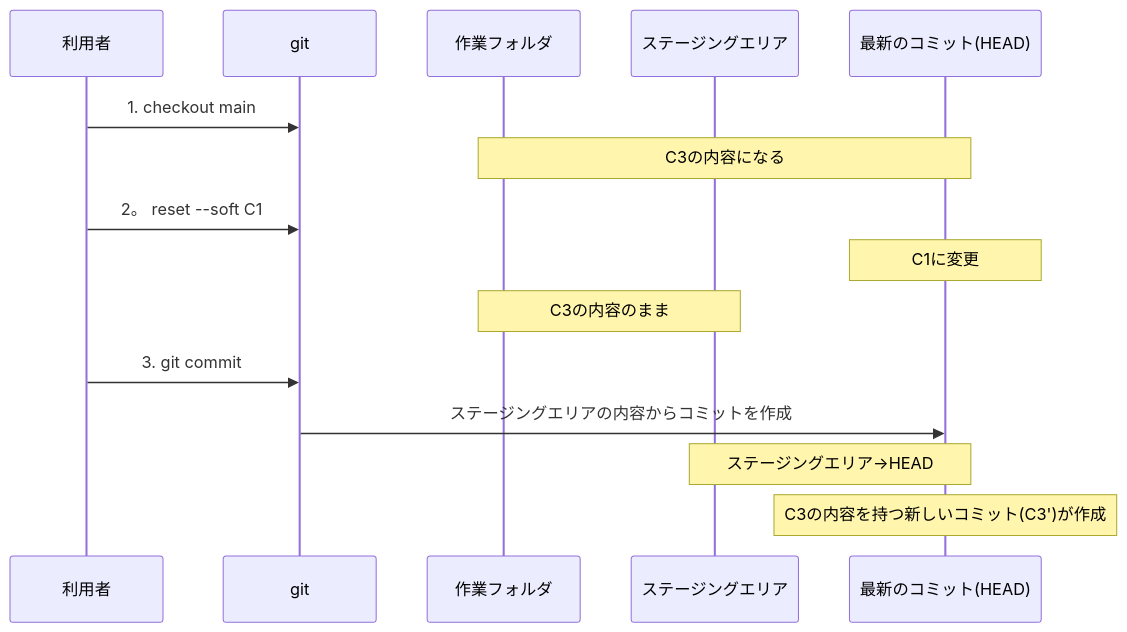
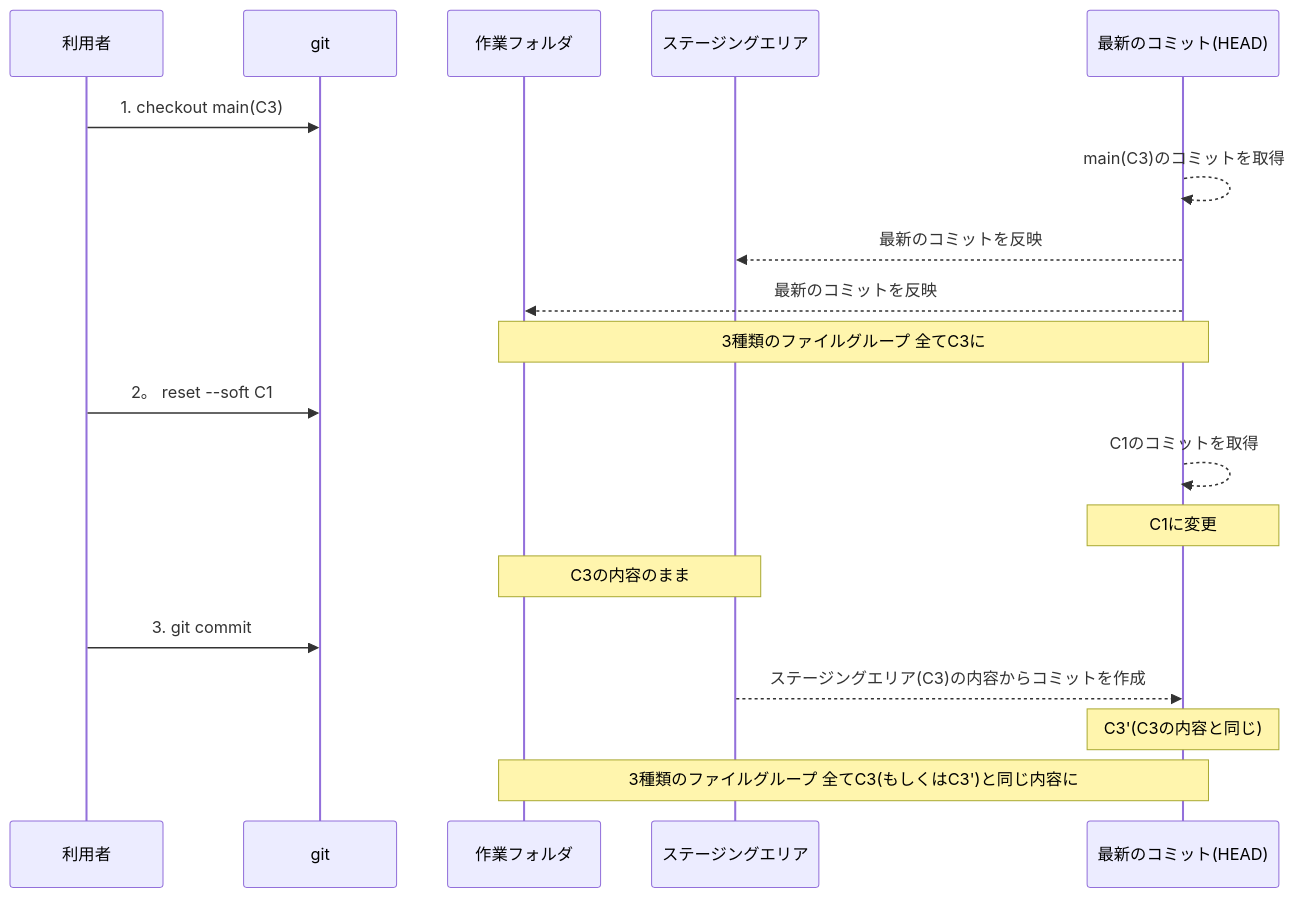
The seventh of 8 diagrams in content/blog/03-how-to-learn-git.md (kantas-spike/portfolio), drawn with Mermaid before and after one commit. The commit also changed other lines of this file and 1 other file, not shown here.

```diff
--- a/content/blog/03-how-to-learn-git.md
+++ b/content/blog/03-how-to-learn-git.md
@@ -285,17 +295,21 @@
 ~~~mermaid
 sequenceDiagram
     participant u as 利用者
     participant g as git
     participant w as 作業フォルダ
     participant s as ステージングエリア
     participant c as 最新のコミット(HEAD)
-    u->>g : 1. checkout main
-    Note over w,c: C3の内容になる
+    u->>g : 1. checkout main(C3)
+    c-->>c : main(C3)のコミットを取得
+    c-->>s : 最新のコミットを反映
+    c-->>w : 最新のコミットを反映
+    Note over w,c: 3種類のファイルグループ 全てC3に
     u->>g : 2。 reset --soft C1
+    c-->>c : C1のコミットを取得
     Note over c: C1に変更
     Note over w,s: C3の内容のまま
     u->>g : 3. git commit
-    g->>c : ステージングエリアの内容からコミットを作成
-    Note over s,c: ステージングエリア→HEAD
-    Note over c: C3の内容を持つ新しいコミット(C3')が作成
+    s-->>c : ステージングエリア(C3)の内容からコミットを作成
+    Note over c: C3'(C3の内容と同じ)
+    Note over w,c: 3種類のファイルグループ 全てC3(もしくはC3')と同じ内容に
 ~~~
```
